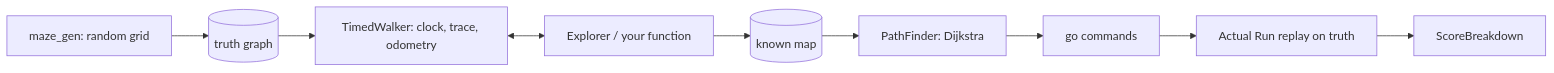
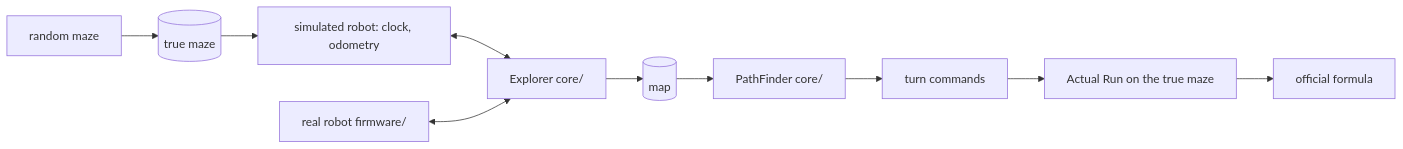
The diagram in README.md (learner9100/meshmerize-sim), drawn with Mermaid before and after one commit. The commit also changed other lines of this file and 34 other files, not shown here.

First line of the commit message:
Trim comments, replace bench skeleton with real robot firmware

````diff
--- a/README.md
+++ b/README.md
@@ -271,11 +313,12 @@
 ```mermaid
 flowchart LR
-    gen[maze_gen: random grid] --> truth[(truth graph)]
-    truth --> walker[TimedWalker: clock, trace, odometry]
-    walker <--> explorer[Explorer / your function]
-    explorer --> known[(known map)]
-    known --> solver[PathFinder: Dijkstra]
-    solver --> cmds[go commands]
-    cmds --> replay[Actual Run replay on truth]
-    replay --> score[ScoreBreakdown]
+    gen[random maze] --> truth[(true maze)]
+    truth --> walker[simulated robot: clock, odometry]
+    walker <--> brain[Explorer  core/]
+    brain --> known[(map)]
+    known --> solver[PathFinder  core/]
+    solver --> cmds[turn commands]
+    cmds --> replay[Actual Run on the true maze]
+    replay --> score[official formula]
+    robot[real robot  firmware/] <--> brain
 ```
````
